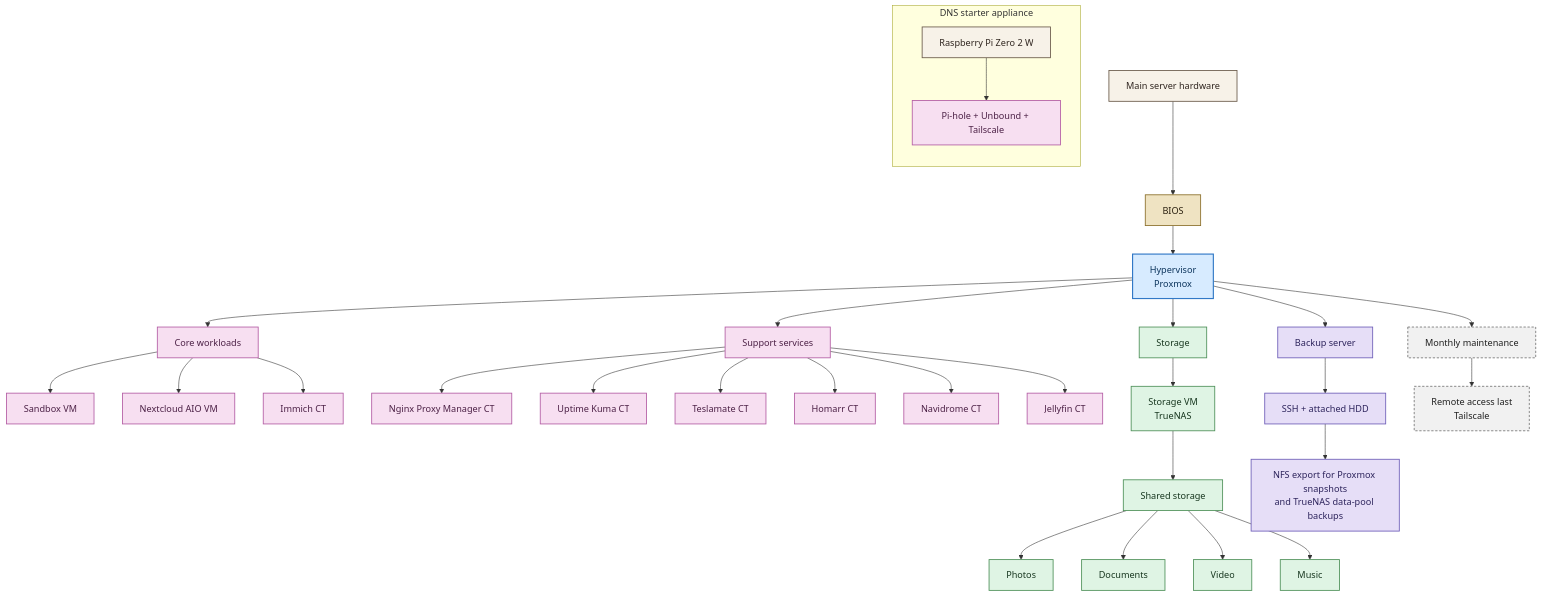
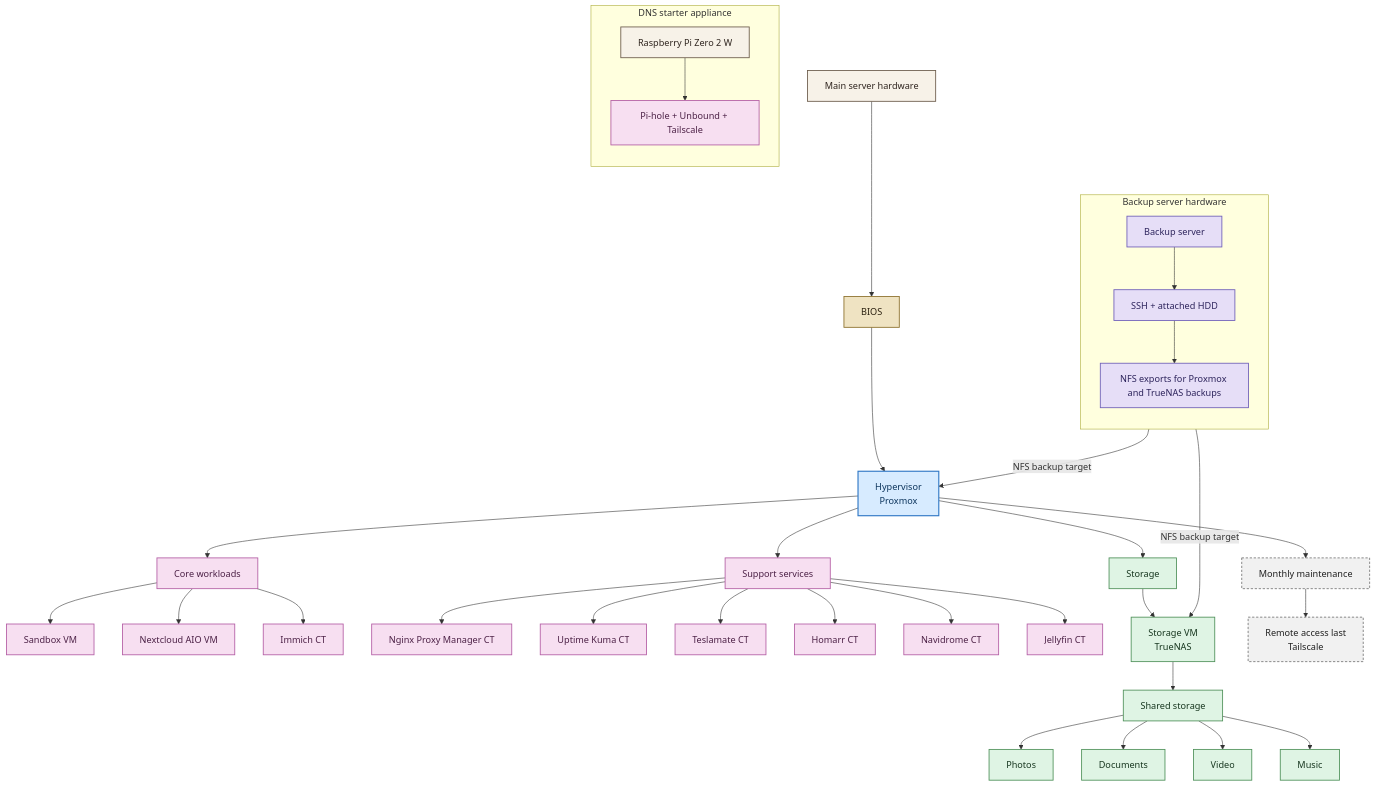
One commit to CocoHusky/proxmox-homelab-guide changed the diagram in docs/00-overview.md. Above: the diagram before and after it, drawn with Mermaid.

````diff
--- a/docs/00-overview.md
+++ b/docs/00-overview.md
@@ -13,44 +13,48 @@
 ```mermaid
 flowchart TB
   subgraph DNS["DNS starter appliance"]
     direction TB
     DNSHW["Raspberry Pi Zero 2 W"]:::hardware --> DNSAPP["Pi-hole + Unbound + Tailscale"]:::vmct
   end
 
   HW["Main server hardware"]:::hardware --> BIOS["BIOS"]:::bios --> HYP["Hypervisor<br/>Proxmox"]:::hypervisor
 
   HYP --> CORE["Core workloads"]:::vmct
   CORE --> SANDBOX["Sandbox VM"]:::vmct
   CORE --> NC["Nextcloud AIO VM"]:::vmct
   CORE --> IMMICH["Immich CT"]:::vmct
 
   HYP --> SUPPORT["Support services"]:::vmct
   SUPPORT --> NPM["Nginx Proxy Manager CT"]:::vmct
   SUPPORT --> KUMA["Uptime Kuma CT"]:::vmct
   SUPPORT --> TESLA["Teslamate CT"]:::vmct
   SUPPORT --> HOMARR["Homarr CT"]:::vmct
   SUPPORT --> NAVI["Navidrome CT"]:::vmct
   SUPPORT --> JELLY["Jellyfin CT"]:::vmct
 
   HYP --> STORAGE["Storage"]:::storage
   STORAGE --> TRUENAS["Storage VM<br/>TrueNAS"]:::storage
   TRUENAS --> SHARES["Shared storage"]:::storage
   SHARES --> PHOTOS["Photos"]:::storage
   SHARES --> DOCS["Documents"]:::storage
   SHARES --> VIDEO["Video"]:::storage
   SHARES --> MUSIC["Music"]:::storage
 
-  HYP --> BKSRV["Backup server"]:::backup
-  BKSRV --> BKHW["SSH + attached HDD"]:::backup
-  BKHW --> BKNFS["NFS export for Proxmox snapshots<br/>and TrueNAS data-pool backups"]:::backup
+  subgraph BK["Backup server hardware"]
+    direction TB
+    BKHW["Backup server"]:::backup --> BKOS["SSH + attached HDD"]:::backup --> BKNFS["NFS exports for Proxmox and TrueNAS backups"]:::backup
+  end
+
+  BKNFS -->|NFS backup target| HYP
+  BKNFS -->|NFS backup target| TRUENAS
 
   HYP --> MAINT["Monthly maintenance"]:::maintain --> REMOTE["Remote access last<br/>Tailscale"]:::maintain
 
   classDef hardware fill:#f7f2e8,stroke:#6b5b4b,color:#2f251f,stroke-width:1.5px;
   classDef bios fill:#efe3c2,stroke:#8b6f2b,color:#2b2110,stroke-width:1.5px;
   classDef hypervisor fill:#d7ebff,stroke:#3178c6,color:#0d355d,stroke-width:2px;
   classDef storage fill:#dff4e4,stroke:#4f915a,color:#17361f,stroke-width:1.5px;
   classDef vmct fill:#f7dff1,stroke:#b45ea5,color:#4c2146,stroke-width:1.5px;
   classDef backup fill:#e6def7,stroke:#6f5fb8,color:#2d245c,stroke-width:1.5px;
   classDef maintain fill:#f1f1f1,stroke:#777,color:#202020,stroke-width:1.5px,stroke-dasharray: 4 3;
 ```
````
